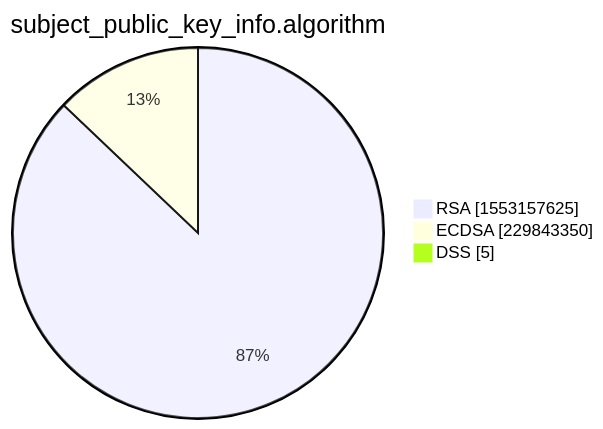
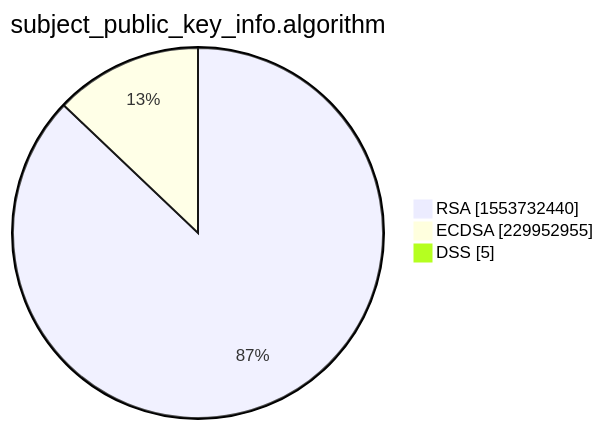
The third of 15 diagrams in xenon2022/README.md (christiankrug/ctmonitor_visualization), drawn with Mermaid before and after one commit. The commit also changed other lines of this file, not shown here.

````diff
--- a/xenon2022/README.md
+++ b/xenon2022/README.md
@@ -14,7 +14,7 @@
 ```mermaid
 pie showData
 title subject_public_key_info.algorithm
-"RSA" :1553157625
-"ECDSA" :229843350
+"RSA" :1553732440
+"ECDSA" :229952955
 "DSS" :5
 ```
````
